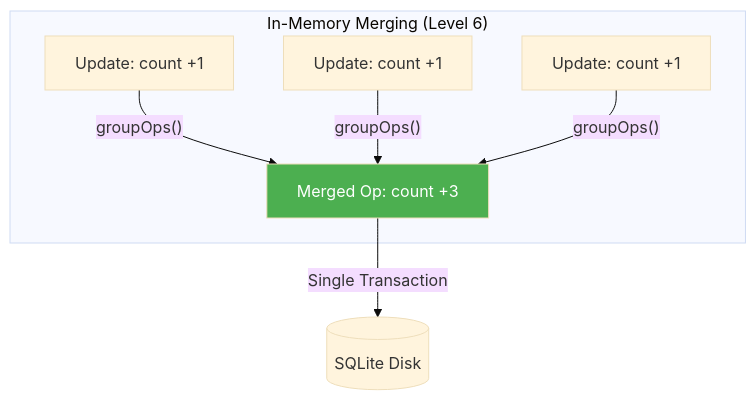
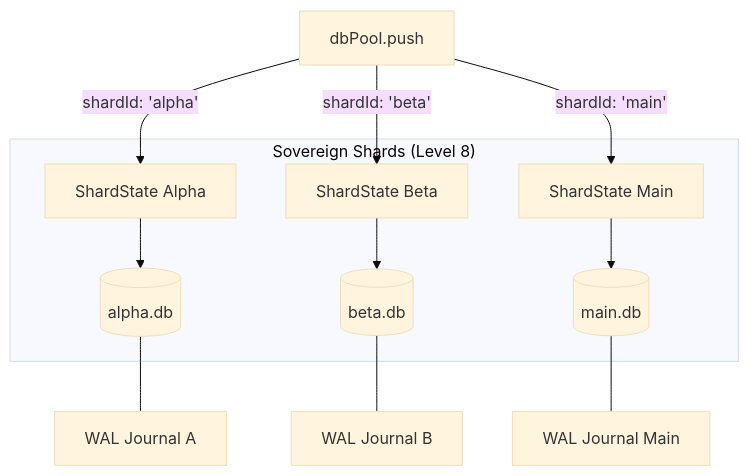
Before and after one commit to CardSorting/BroccoliQ: the first of 4 diagrams in CONCEPTS.md, drawn with Mermaid (base theme). The commit also changed other lines of this file and 2 other files, not shown here.

````diff
--- a/CONCEPTS.md
+++ b/CONCEPTS.md
@@ -76,12 +36,16 @@
 ```mermaid
 graph TD
-  subgraph "In-Memory Merging (Level 6)"
-    Op1[Update: count +1] -- "groupOps()" --> M[Merged Op: count +3]
-    Op2[Update: count +1] -- "groupOps()" --> M
-    Op3[Update: count +1] -- "groupOps()" --> M
-  end
-  
-  M -- "Single Transaction" --> DB[(SQLite Disk)]
-  
-  style M fill:#4caf50,color:#fff
+    Client[dbPool.push] -- "shardId: 'alpha'" --> S1[ShardState Alpha]
+    Client -- "shardId: 'beta'" --> S2[ShardState Beta]
+    Client -- "shardId: 'main'" --> S3[ShardState Main]
+    
+    subgraph "Sovereign Shards (Level 8)"
+        S1 --> F1[(alpha.db)]
+        S2 --> F2[(beta.db)]
+        S3 --> F3[(main.db)]
+    end
+    
+    F1 --- W1[WAL Journal A]
+    F2 --- W2[WAL Journal B]
+    F3 --- W3[WAL Journal Main]
 ```
````
